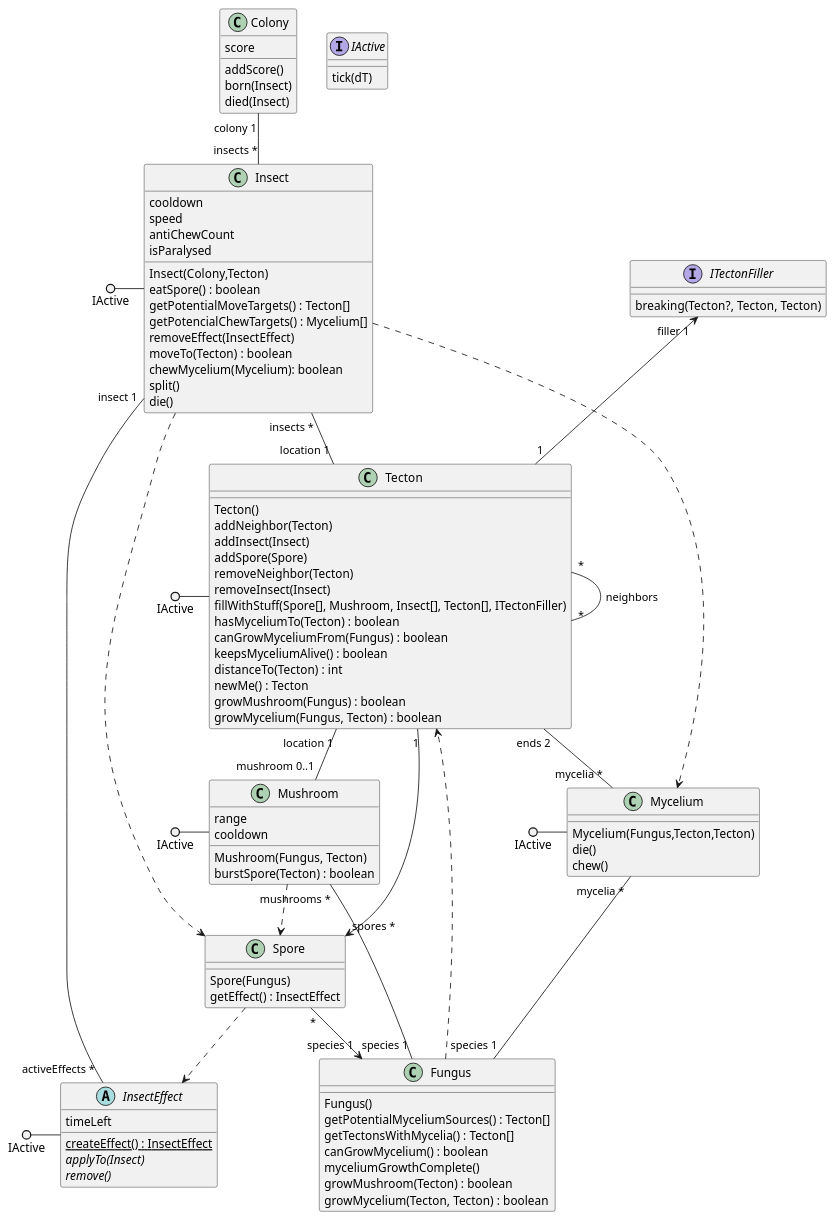
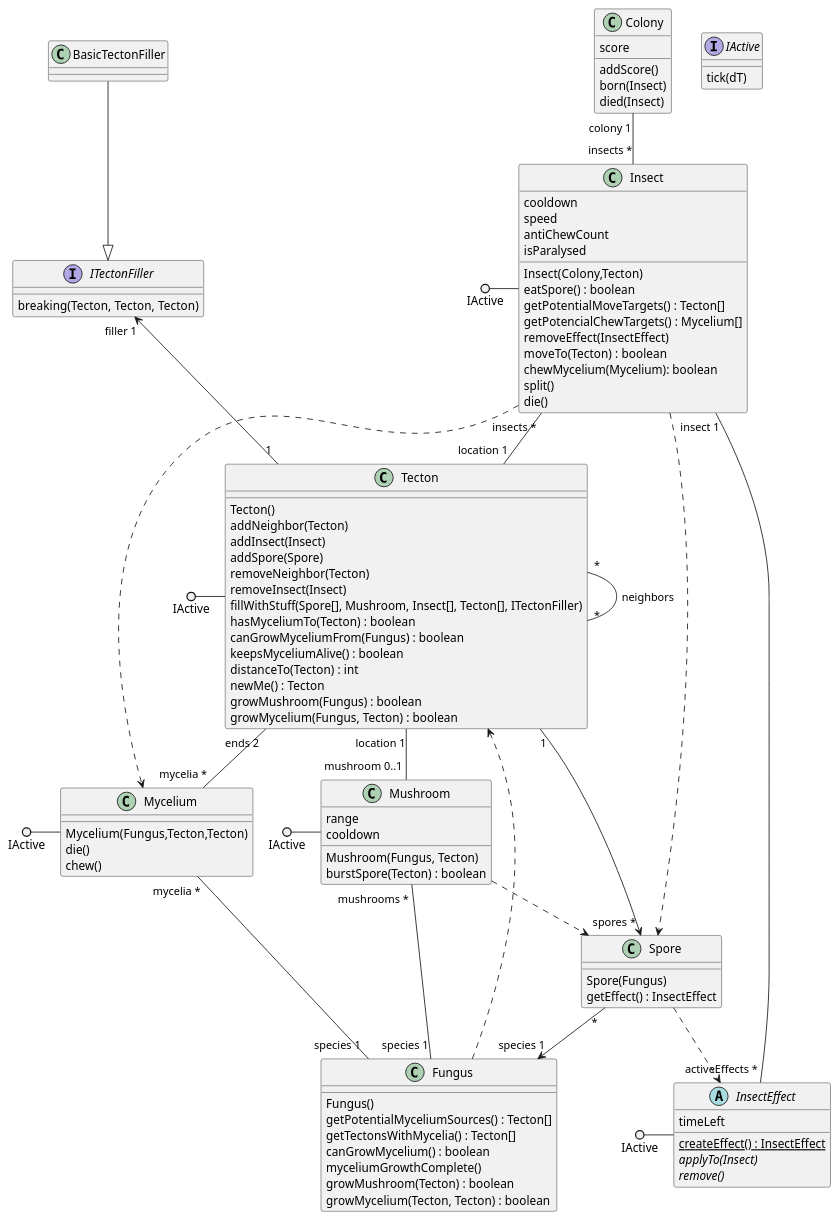
One commit to ZD4ve/projlab-error521 changed the diagram in SeqAndClassDiagrams/classes.puml. Above: the diagram before and after it, drawn with PlantUML.

Commit message:
basic filler

```diff
--- a/SeqAndClassDiagrams/classes.puml
+++ b/SeqAndClassDiagrams/classes.puml
@@ -1,108 +1,111 @@
 @startuml classes
 interface IActive {
     tick(dT)
 }
 class Tecton {
     Tecton()
     addNeighbor(Tecton)
     addInsect(Insect)
     addSpore(Spore)
     removeNeighbor(Tecton)
     removeInsect(Insect)
     fillWithStuff(Spore[], Mushroom, Insect[], Tecton[], ITectonFiller)
     hasMyceliumTo(Tecton) : boolean
     canGrowMyceliumFrom(Fungus) : boolean
     keepsMyceliumAlive() : boolean
     distanceTo(Tecton) : int
     newMe() : Tecton
     growMushroom(Fungus) : boolean
     growMycelium(Fungus, Tecton) : boolean
 }
 class Fungus {
     Fungus()
     getPotentialMyceliumSources() : Tecton[]
     getTectonsWithMycelia() : Tecton[]
     canGrowMycelium() : boolean
     myceliumGrowthComplete()
     growMushroom(Tecton) : boolean
     growMycelium(Tecton, Tecton) : boolean
 }
 class Mycelium {
     Mycelium(Fungus,Tecton,Tecton)
     die()
     chew()
 }
 class Mushroom {
     range
     cooldown
     Mushroom(Fungus, Tecton)
     burstSpore(Tecton) : boolean
 }
 class Spore {
     Spore(Fungus)
     getEffect() : InsectEffect
 }
 class Insect {
     cooldown
     speed
     antiChewCount
     isParalysed
     Insect(Colony,Tecton)
     eatSpore() : boolean
     getPotentialMoveTargets() : Tecton[]
     getPotencialChewTargets() : Mycelium[]
     removeEffect(InsectEffect)
     moveTo(Tecton) : boolean
     chewMycelium(Mycelium): boolean
     split()
     die()
 }
 abstract InsectEffect {
     timeLeft
     {static} createEffect() : InsectEffect
     {abstract} applyTo(Insect)
     {abstract} remove()
 }
 
 IActive ()- Tecton
 IActive ()- Mushroom
 IActive ()- Mycelium
 IActive ()- Insect
 IActive ()- InsectEffect
 
 Tecton "*" -- "*" Tecton : neighbors
 Tecton "ends 2" -- "mycelia *" Mycelium
 Tecton "1" --> "spores *" Spore
 Tecton "location 1" -- "mushroom 0..1" Mushroom
 
 Mycelium "mycelia *" -- "species 1" Fungus
 Insect "insect 1" -- "activeEffects *" InsectEffect
 Insect "insects *" -- "location 1" Tecton
 Fungus "species 1" -- "mushrooms *" Mushroom
 Spore "*" --> "species 1" Fungus
 
 Fungus ..> Tecton
 Spore ..> InsectEffect
 Insect ..> Mycelium
 Insect ..> Spore
 Mushroom ..> Spore
 
 
 
 'Added after view design
 'TODO fix this diagram, add missing stuff
 class Colony{
     score
     addScore()
     born(Insect)
     died(Insect)
 }
 
 Colony "colony 1" -- "insects *" Insect
 
 interface ITectonFiller{
-    breaking(Tecton?, Tecton, Tecton)
+    breaking(Tecton, Tecton, Tecton)
 } 
 ITectonFiller "filler 1" <-- "1" Tecton
 
+class BasicTectonFiller
+BasicTectonFiller --|> ITectonFiller
+
 @enduml
```
